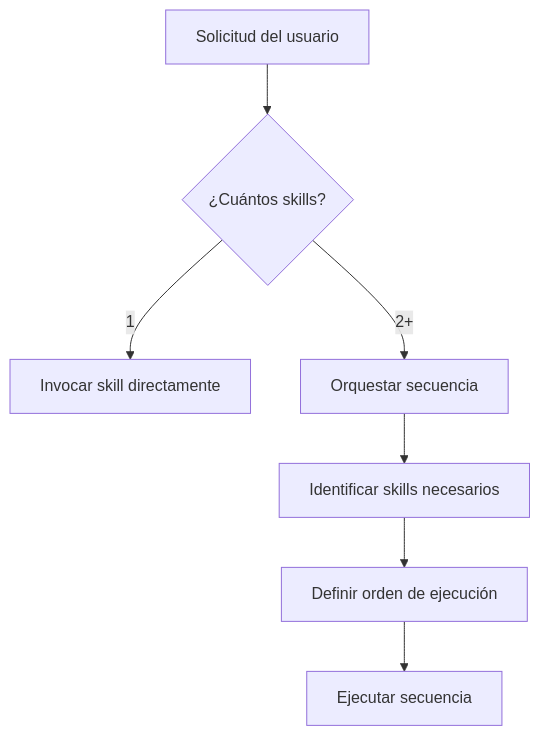
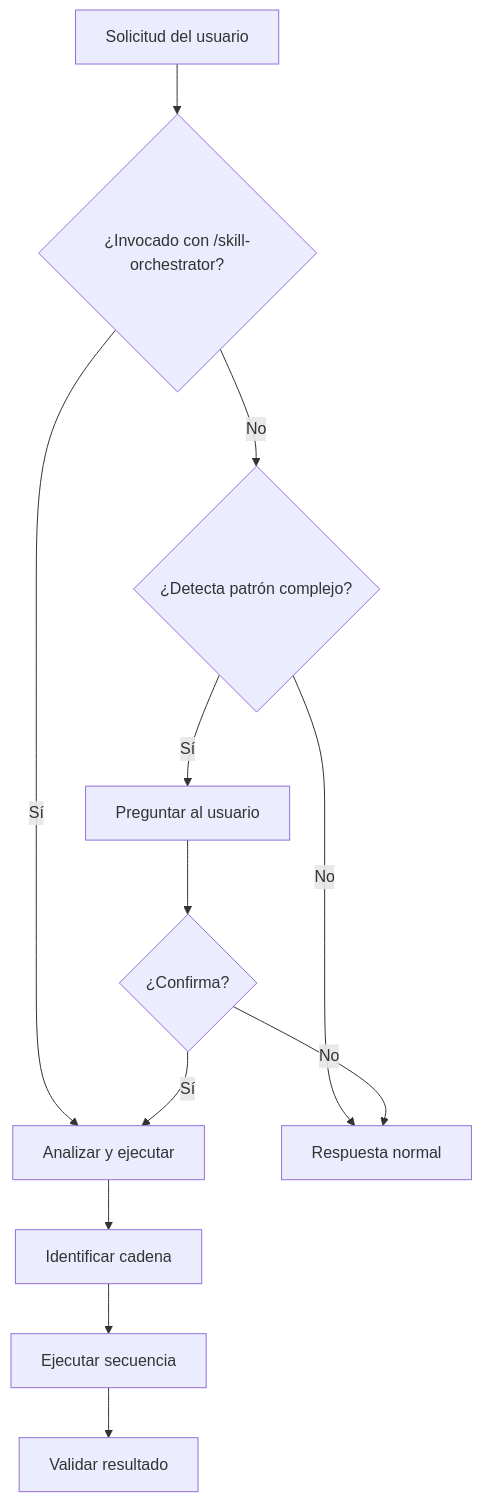
The diagram in .github/agents/skill-orchestrator.agent.md (i-xarlos/isil-ing-sistemas), drawn with Mermaid before and after one commit. The commit also changed other lines of this file, not shown here.

First line of the commit message:
feat: skill-orchestrator con auto-deteccion y confirmacion

````diff
--- a/.github/agents/skill-orchestrator.agent.md
+++ b/.github/agents/skill-orchestrator.agent.md
@@ -54,9 +49,14 @@
 ```mermaid
 flowchart TD
-    A[Solicitud del usuario] --> B{¿Cuántos skills?}
-    B -->|1| C[Invocar skill directamente]
-    B -->|2+| D[Orquestar secuencia]
-    D --> E[Identificar skills necesarios]
-    E --> F[Definir orden de ejecución]
-    F --> G[Ejecutar secuencia]
+    A[Solicitud del usuario] --> B{¿Invocado con /skill-orchestrator?}
+    B -->|Sí| C[Analizar y ejecutar]
+    B -->|No| D{¿Detecta patrón complejo?}
+    D -->|No| E[Respuesta normal]
+    D -->|Sí| F[Preguntar al usuario]
+    F --> G{¿Confirma?}
+    G -->|Sí| C
+    G -->|No| E
+    C --> H[Identificar cadena]
+    H --> I[Ejecutar secuencia]
+    I --> J[Validar resultado]
 ```
````
